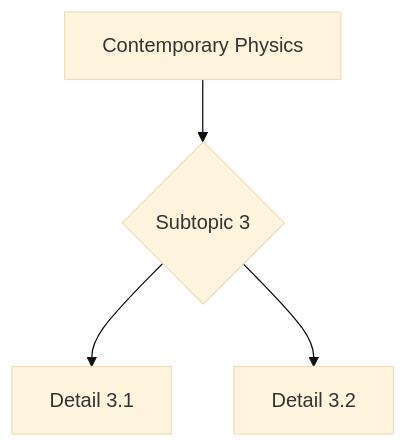
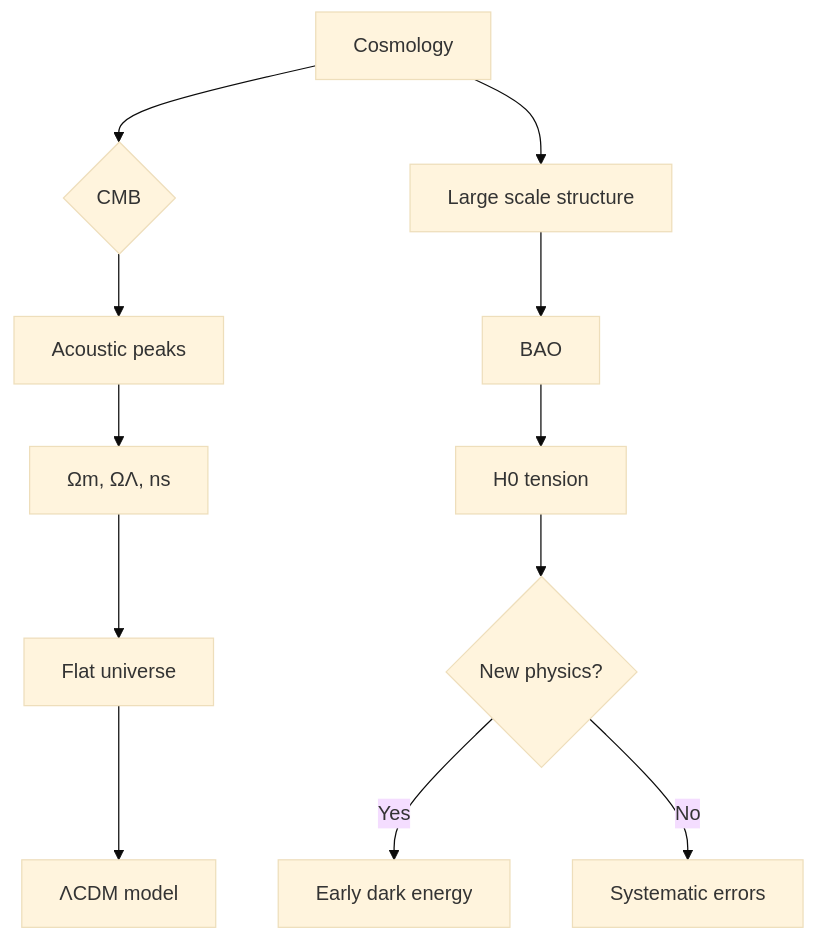
The fifth of 10 diagrams in 03_MSc_Physics/core_courses/MSPY_5120_Contemporary_Physics/README.md (yip-lgtm/PhysicsSelfStudy), drawn with Mermaid (base theme) before and after one commit. The commit also changed other lines of this file and 21 other files, not shown here.

Commit message:
PhysicsSelfStudy: MSc QFT/String/AdS-CFT/Cosmology/Particle/Neutrino/QI/TQC + MSDM computational tools (batch v2 completed)

````diff
--- a/03_MSc_Physics/core_courses/MSPY_5120_Contemporary_Physics/README.md
+++ b/03_MSc_Physics/core_courses/MSPY_5120_Contemporary_Physics/README.md
@@ -275,6 +323,14 @@
 ```mermaid
 graph TD
-    A[Contemporary Physics] --> B{Subtopic 3}
-    B --> C[Detail 3.1]
-    B --> D[Detail 3.2]
+    A[Cosmology] --> B{CMB}
+    A --> C[Large scale structure]
+    B --> D[Acoustic peaks]
+    C --> E[BAO]
+    D --> F[Ωm, ΩΛ, ns]
+    E --> G[H0 tension]
+    F --> H[Flat universe]
+    G --> I{New physics?}
+    I -->|Yes| J[Early dark energy]
+    I -->|No| K[Systematic errors]
+    H --> L[ΛCDM model]
 ```
````
